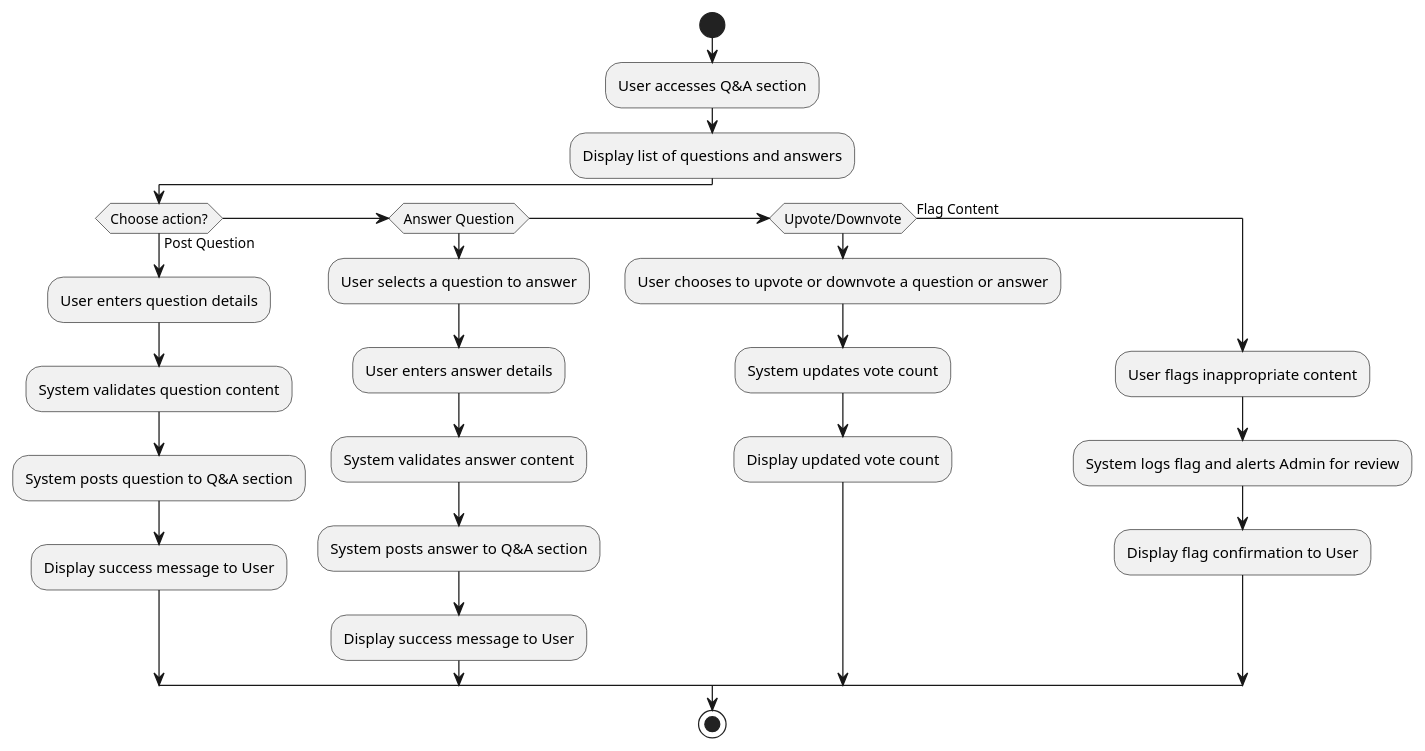
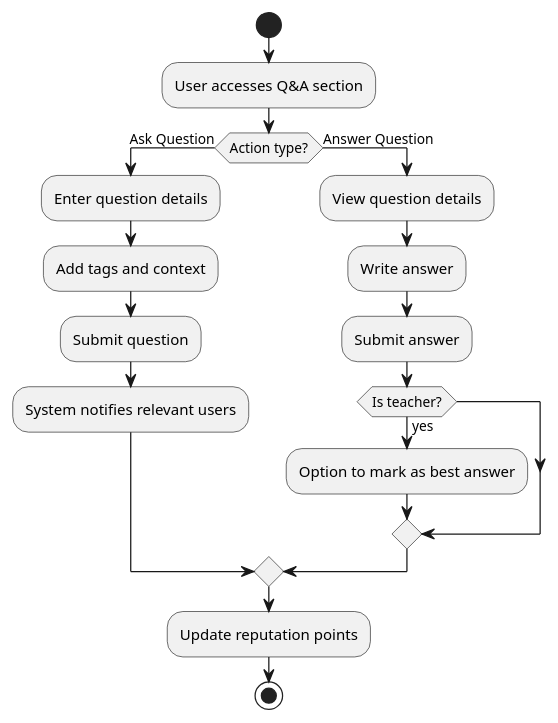
The diagram in projects/jamc/design/diagrams/qa-participation-activity-diagram.puml (alexajuno/notes), drawn with PlantUML before and after one commit. The commit also changed 7 other files, not shown here.

```diff
--- a/projects/jamc/design/diagrams/qa-participation-activity-diagram.puml
+++ b/projects/jamc/design/diagrams/qa-participation-activity-diagram.puml
@@ -1,29 +1,23 @@
 @startuml qa-participation-activity-diagram
 
 start
 :User accesses Q&A section;
-:Display list of questions and answers;
 
-if (Choose action?) then (Post Question)
-    :User enters question details;
-    :System validates question content;
-    :System posts question to Q&A section;
-    :Display success message to User;
-else if (Answer Question)
-    :User selects a question to answer;
-    :User enters answer details;
-    :System validates answer content;
-    :System posts answer to Q&A section;
-    :Display success message to User;
-else if (Upvote/Downvote)
-    :User chooses to upvote or downvote a question or answer;
-    :System updates vote count;
-    :Display updated vote count;
-else (Flag Content)
-    :User flags inappropriate content;
-    :System logs flag and alerts Admin for review;
-    :Display flag confirmation to User;
+if (Action type?) then (Ask Question)
+    :Enter question details;
+    :Add tags and context;
+    :Submit question;
+    :System notifies relevant users;
+else (Answer Question)
+    :View question details;
+    :Write answer;
+    :Submit answer;
+    if (Is teacher?) then (yes)
+        :Option to mark as best answer;
+    endif
 endif
 
+:Update reputation points;
 stop
+
 @enduml
```
